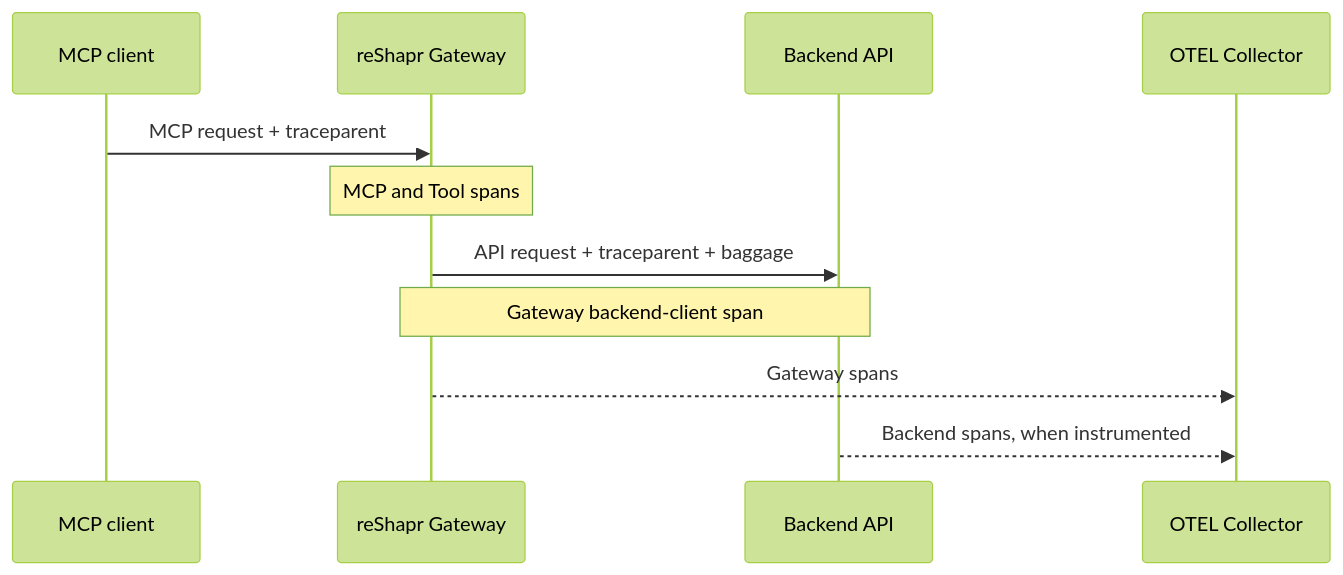
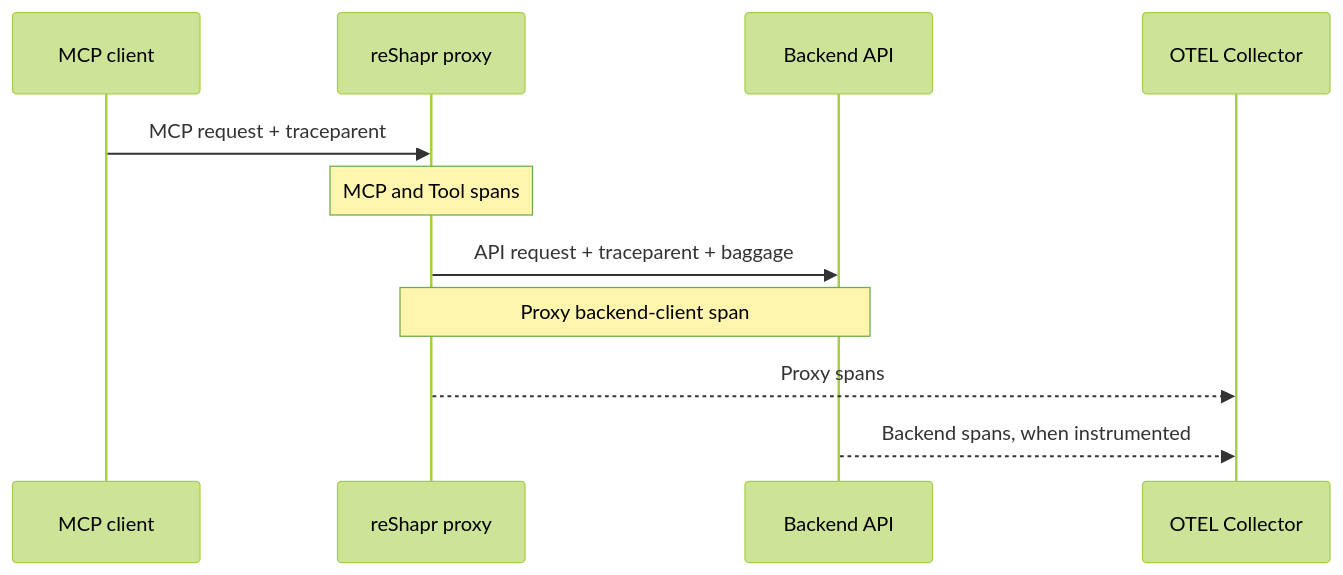
Before and after one commit to reshaprio/reshapr.io: the diagram in docs/how-to-guides/operations/observe-and-audit.md, drawn with Mermaid (forest theme). The commit also changed other lines of this file and 33 other files, not shown here.

Commit message:
chore(docs): #50 Add contextual demos and polis gateway vs proxy terminology Signed-off-by: Laurent Broudoux <laurent.broudoux@gmail.com>

````diff
--- a/docs/how-to-guides/operations/observe-and-audit.md
+++ b/docs/how-to-guides/operations/observe-and-audit.md
@@ -97,14 +97,14 @@
 ```mermaid
 sequenceDiagram
   participant Client as MCP client
-  participant Gateway as reShapr Gateway
+  participant Proxy as reShapr proxy
   participant Backend as Backend API
   participant Collector as OTEL Collector
 
-  Client->>Gateway: MCP request + traceparent
-  Note over Gateway: MCP and Tool spans
-  Gateway->>Backend: API request + traceparent + baggage
-  Note over Gateway,Backend: Gateway backend-client span
-  Gateway-->>Collector: Gateway spans
+  Client->>Proxy: MCP request + traceparent
+  Note over Proxy: MCP and Tool spans
+  Proxy->>Backend: API request + traceparent + baggage
+  Note over Proxy,Backend: Proxy backend-client span
+  Proxy-->>Collector: Proxy spans
   Backend-->>Collector: Backend spans, when instrumented
 ```
````
